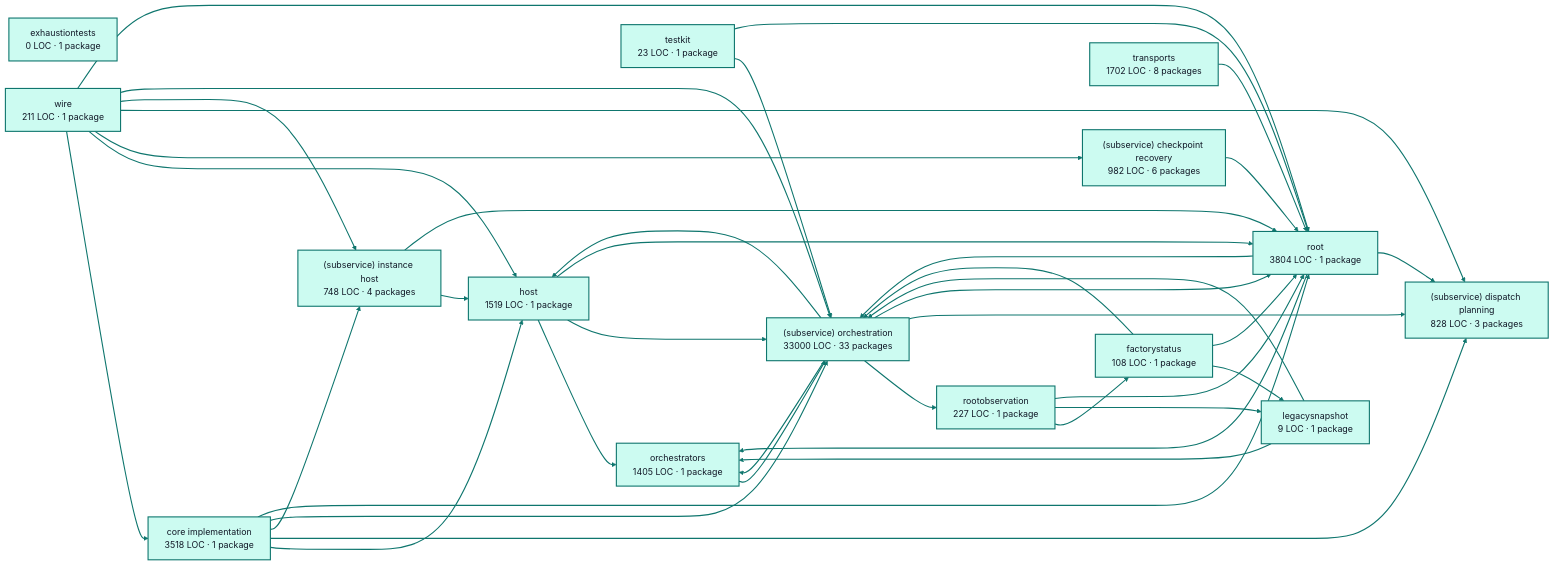
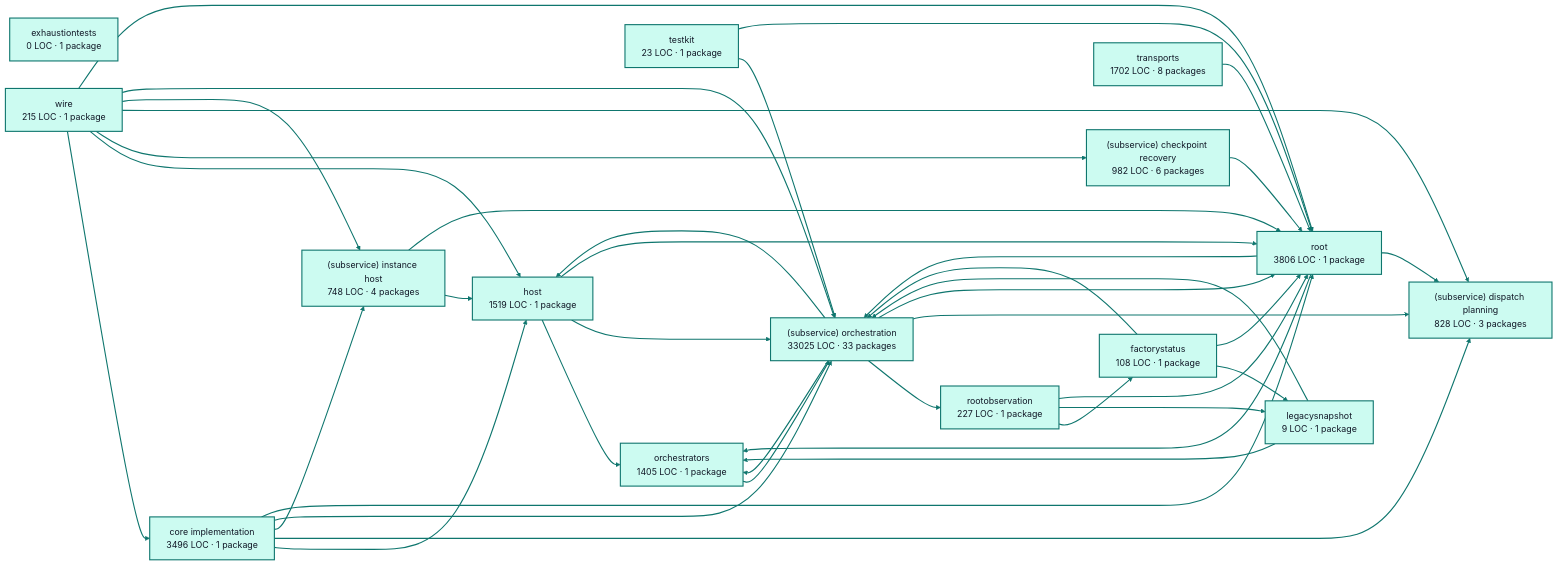
One commit to portpowered/you-agent-factory changed the diagram in docs/architecture/visualizations/services/factory_runtime.md. Above: the diagram before and after it, drawn with Mermaid. The commit also changed other lines of this file and 20 other files, not shown here.

Commit message:
docs: refresh backend architecture visualizations

````diff
--- a/docs/architecture/visualizations/services/factory_runtime.md
+++ b/docs/architecture/visualizations/services/factory_runtime.md
@@ -11,72 +11,72 @@
 ```mermaid
 flowchart LR
-  p0["core implementation<br/>3518 LOC · 1 package"]
+  p0["core implementation<br/>3496 LOC · 1 package"]
   p1["exhaustiontests<br/>0 LOC · 1 package"]
   p2["factorystatus<br/>108 LOC · 1 package"]
   p3["host<br/>1519 LOC · 1 package"]
   p4["legacysnapshot<br/>9 LOC · 1 package"]
   p5["orchestrators<br/>1405 LOC · 1 package"]
   p6["rootobservation<br/>227 LOC · 1 package"]
   p7["(subservice) checkpoint recovery<br/>982 LOC · 6 packages"]
   p8["(subservice) dispatch planning<br/>828 LOC · 3 packages"]
   p9["(subservice) instance host<br/>748 LOC · 4 packages"]
-  p10["(subservice) orchestration<br/>33000 LOC · 33 packages"]
+  p10["(subservice) orchestration<br/>33025 LOC · 33 packages"]
   p11["testkit<br/>23 LOC · 1 package"]
-  p12["root<br/>3804 LOC · 1 package"]
+  p12["root<br/>3806 LOC · 1 package"]
   p13["transports<br/>1702 LOC · 8 packages"]
-  p14["wire<br/>211 LOC · 1 package"]
+  p14["wire<br/>215 LOC · 1 package"]
   p0 --> p3
   p0 --> p8
   p0 --> p9
   p0 --> p10
   p0 --> p12
   p2 --> p4
   p2 --> p10
   p2 --> p12
   p3 --> p5
   p3 --> p10
   p3 --> p12
   p4 --> p5
   p4 --> p10
   p5 --> p10
   p6 --> p2
   p6 --> p4
   p6 --> p12
   p7 --> p12
   p9 --> p3
   p9 --> p12
   p10 --> p3
   p10 --> p5
   p10 --> p6
   p10 --> p8
   p10 --> p12
   p11 --> p10
   p11 --> p12
   p12 --> p5
   p12 --> p8
   p12 --> p10
   p13 --> p12
   p14 --> p0
   p14 --> p3
   p14 --> p7
   p14 --> p8
   p14 --> p9
   p14 --> p10
   p14 --> p12
   style p0 fill:#ccfbf1,stroke:#0f766e,stroke-width:2px,color:#111827
   style p1 fill:#ccfbf1,stroke:#0f766e,stroke-width:2px,color:#111827
   style p2 fill:#ccfbf1,stroke:#0f766e,stroke-width:2px,color:#111827
   style p3 fill:#ccfbf1,stroke:#0f766e,stroke-width:2px,color:#111827
   style p4 fill:#ccfbf1,stroke:#0f766e,stroke-width:2px,color:#111827
   style p5 fill:#ccfbf1,stroke:#0f766e,stroke-width:2px,color:#111827
   style p6 fill:#ccfbf1,stroke:#0f766e,stroke-width:2px,color:#111827
   style p7 fill:#ccfbf1,stroke:#0f766e,stroke-width:2px,color:#111827
   style p8 fill:#ccfbf1,stroke:#0f766e,stroke-width:2px,color:#111827
   style p9 fill:#ccfbf1,stroke:#0f766e,stroke-width:2px,color:#111827
   style p10 fill:#ccfbf1,stroke:#0f766e,stroke-width:2px,color:#111827
   style p11 fill:#ccfbf1,stroke:#0f766e,stroke-width:2px,color:#111827
   style p12 fill:#ccfbf1,stroke:#0f766e,stroke-width:2px,color:#111827
   style p13 fill:#ccfbf1,stroke:#0f766e,stroke-width:2px,color:#111827
   style p14 fill:#ccfbf1,stroke:#0f766e,stroke-width:2px,color:#111827
   linkStyle default stroke:#0f766e,stroke-width:2px
 ```
````
